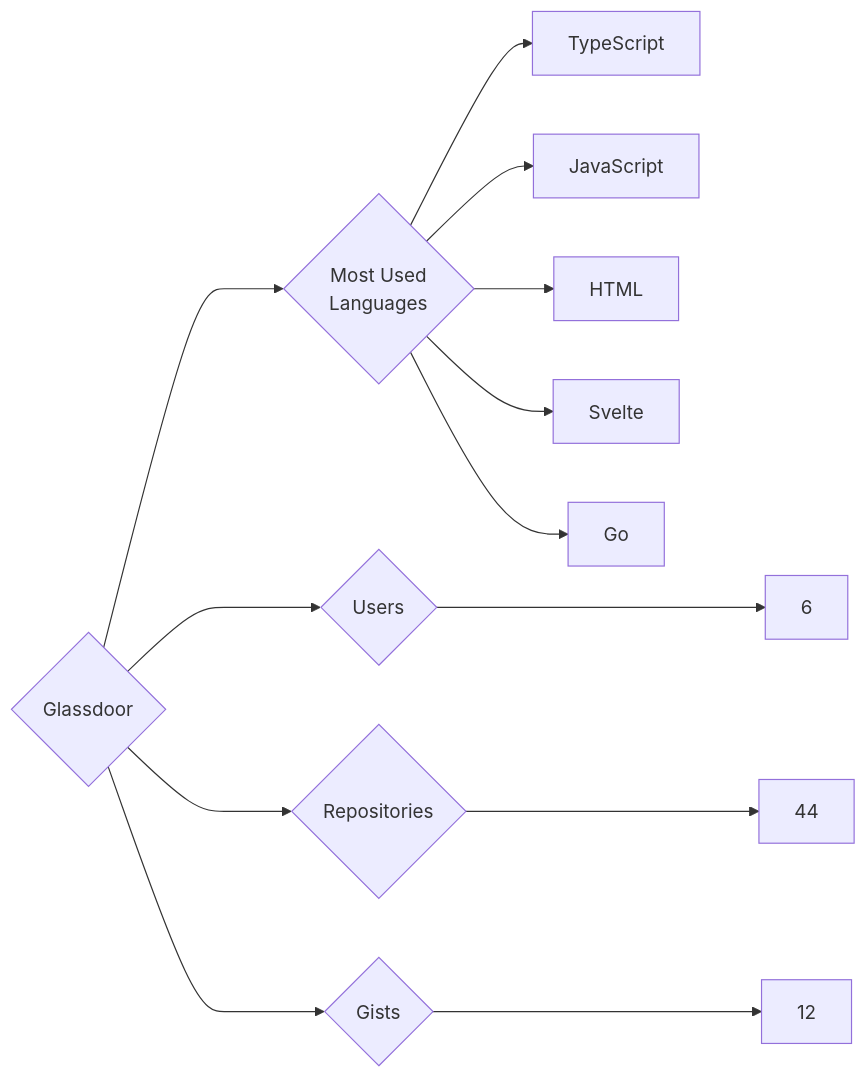
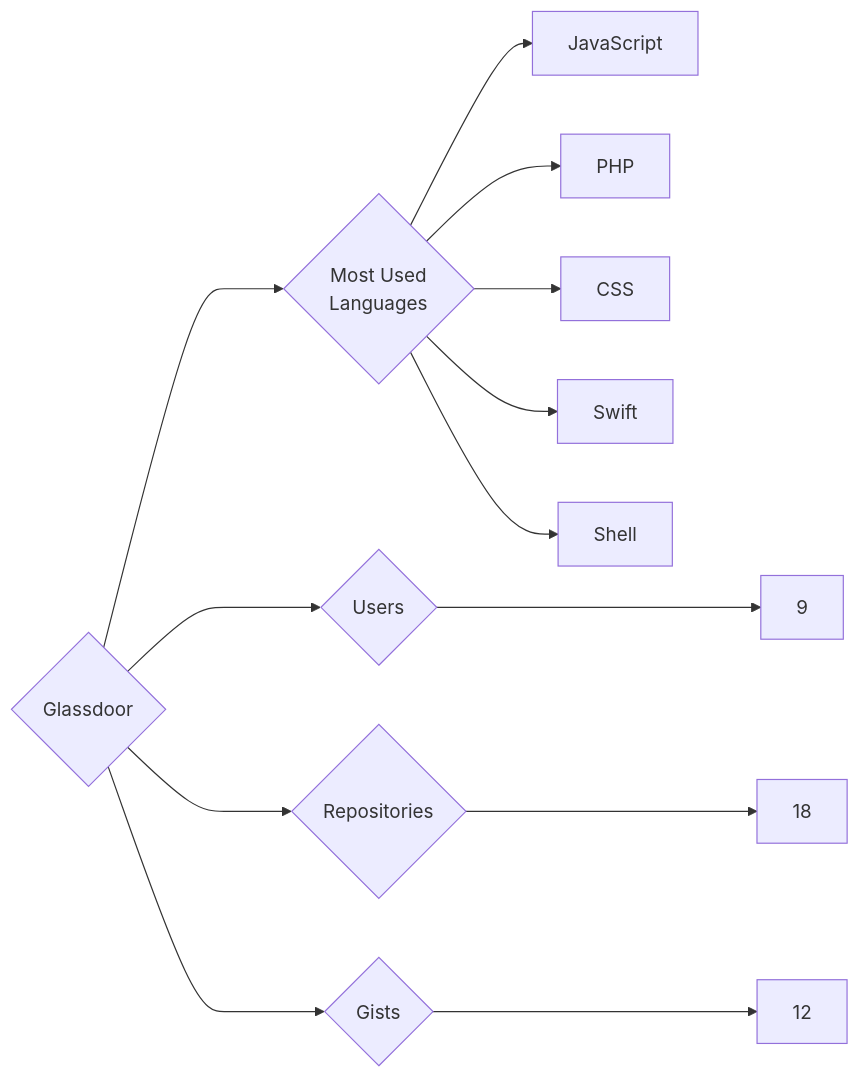
One commit to trickest/insiders changed the diagram in targets/Glassdoor/README.md. Above: the diagram before and after it, drawn with Mermaid. The commit also changed 736 other files, not shown here.

````diff
--- a/targets/Glassdoor/README.md
+++ b/targets/Glassdoor/README.md
@@ -3,13 +3,13 @@
 ```mermaid
 graph LR
 COMPANY_NAME{Glassdoor}
-COMPANY_NAME ---> U{Users} ---> UN[6]
-COMPANY_NAME ---> R{Repositories} ---> RN[44]
+COMPANY_NAME ---> U{Users} ---> UN[9]
+COMPANY_NAME ---> R{Repositories} ---> RN[18]
 COMPANY_NAME ---> G{Gists} ---> GN[12]
 COMPANY_NAME ---> ML{Most Used<br>Languages}
-ML --> TypeScript[TypeScript]
 ML --> JavaScript[JavaScript]
-ML --> HTML[HTML]
-ML --> Svelte[Svelte]
-ML --> Go[Go]
+ML --> PHP[PHP]
+ML --> CSS[CSS]
+ML --> Swift[Swift]
+ML --> Shell[Shell]
 ```
````
